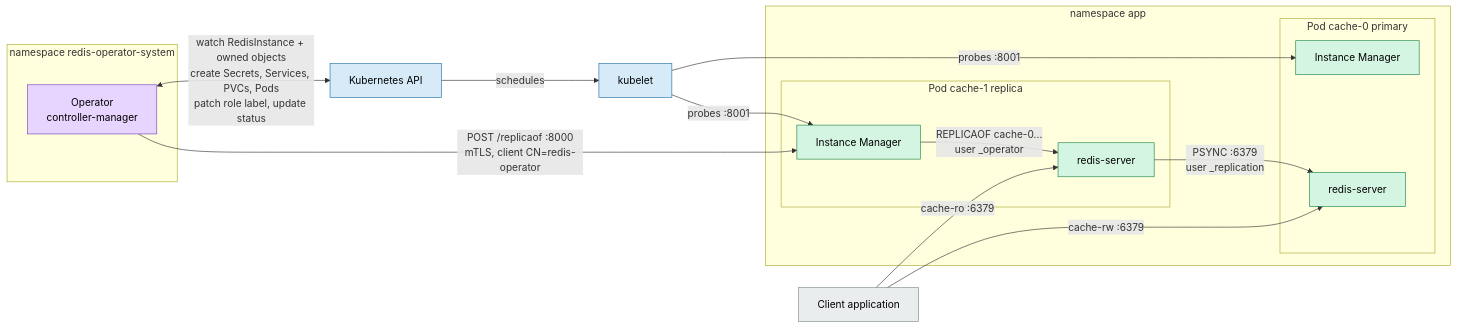
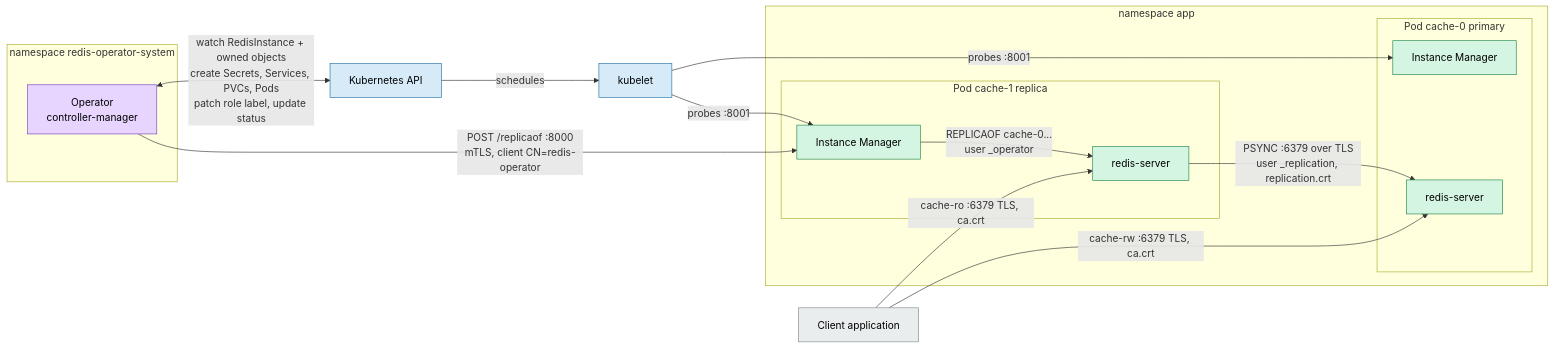
The fourth of 9 diagrams in docs/architecture.md (MrPickle311/redis-operator), drawn with Mermaid before and after one commit. The commit also changed other lines of this file and 22 other files, not shown here.

````diff
--- a/docs/architecture.md
+++ b/docs/architecture.md
@@ -319,35 +396,35 @@
 ```mermaid
 flowchart LR
     classDef op fill:#e8d5ff,stroke:#7b3fbf,color:#000
     classDef k8s fill:#d6eaf8,stroke:#2471a3,color:#000
     classDef pod fill:#d5f5e3,stroke:#1e8449,color:#000
     classDef user fill:#eaeded,stroke:#7f8c8d,color:#000
 
     subgraph opns [namespace redis-operator-system]
         OP["Operator<br/>controller-manager"]:::op
     end
 
     API["Kubernetes API"]:::k8s
     KUBELET["kubelet"]:::k8s
     APP["Client application"]:::user
 
     subgraph appns [namespace app]
         subgraph p0 [Pod cache-0 primary]
             IM0["Instance Manager"]:::pod
             RS0["redis-server"]:::pod
         end
         subgraph p1 [Pod cache-1 replica]
             IM1["Instance Manager"]:::pod
             RS1["redis-server"]:::pod
         end
     end
 
     OP <-- "watch RedisInstance + owned objects<br/>create Secrets, Services, PVCs, Pods<br/>patch role label, update status" --> API
     API -- schedules --> KUBELET
     KUBELET -- "probes :8001" --> IM0 & IM1
     OP -- "POST /replicaof :8000<br/>mTLS, client CN=redis-operator" --> IM1
     IM1 -- "REPLICAOF cache-0... <br/>user _operator" --> RS1
-    RS1 -- "PSYNC :6379<br/>user _replication" --> RS0
-    APP -- "cache-rw :6379" --> RS0
-    APP -- "cache-ro :6379" --> RS1
+    RS1 -- "PSYNC :6379 over TLS<br/>user _replication, replication.crt" --> RS0
+    APP -- "cache-rw :6379 TLS, ca.crt" --> RS0
+    APP -- "cache-ro :6379 TLS, ca.crt" --> RS1
 ```
````
